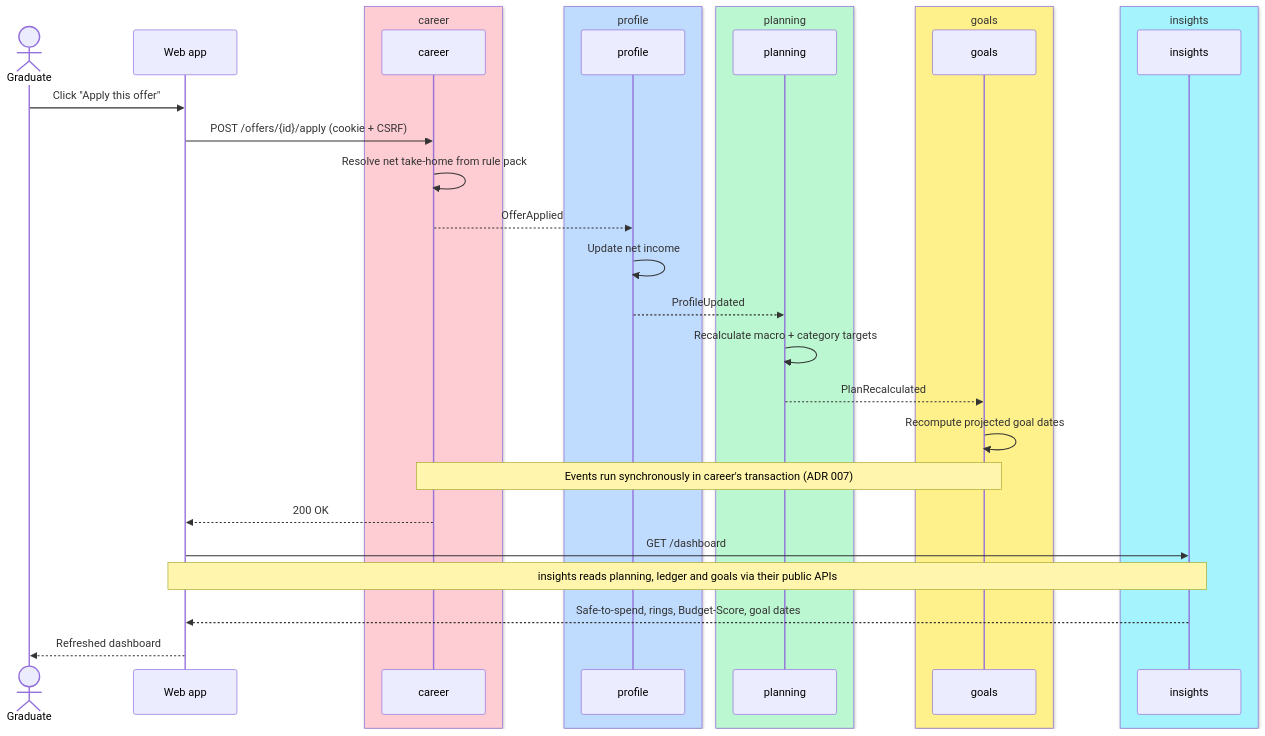
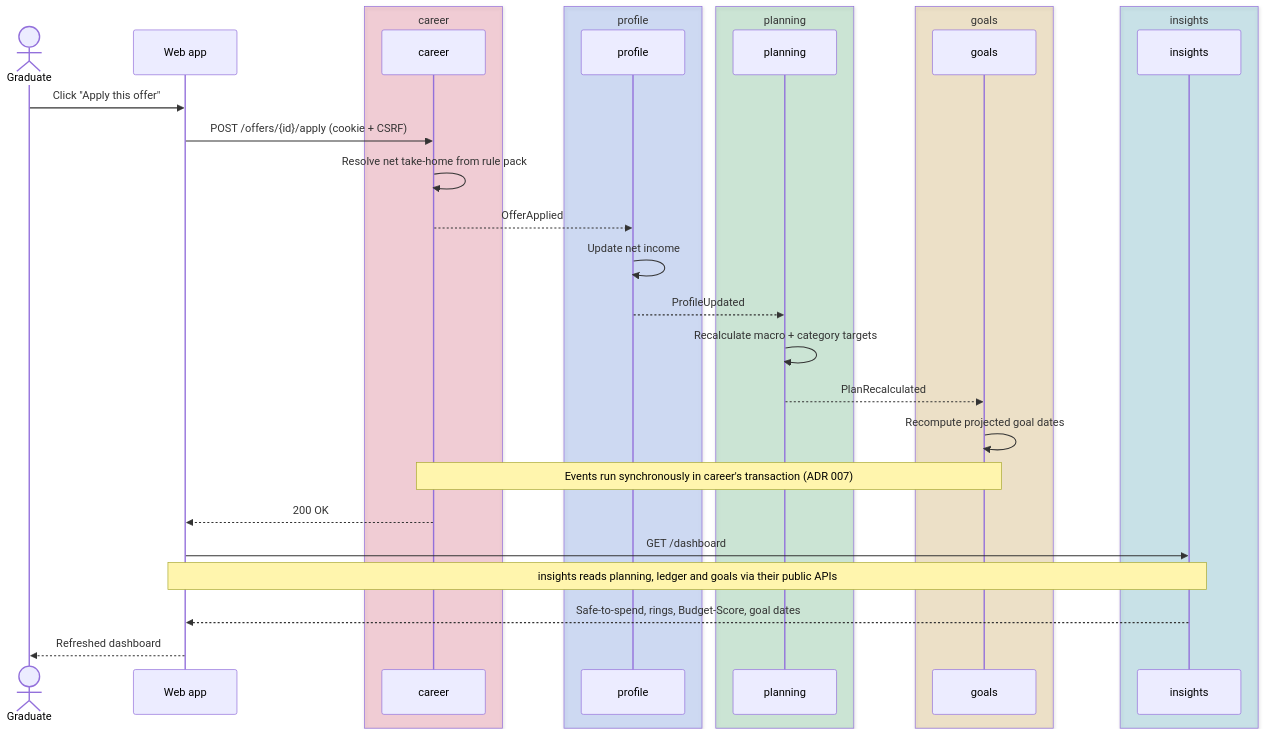
The fifth of 5 diagrams in docs/ARCHITECTURE.md (ilyas8888/moneymacros), drawn with Mermaid before and after one commit. The commit also changed 1 other file, not shown here.

Commit message:
docs: readable sequence colors in dark mode

````diff
--- a/docs/ARCHITECTURE.md
+++ b/docs/ARCHITECTURE.md
@@ -258,36 +258,36 @@
 ```mermaid
 sequenceDiagram
     actor U as Graduate
     participant W as Web app
-    box rgb(254,205,211) career
+    box rgba(225,29,72,0.18) career
     participant C as career
     end
-    box rgb(191,219,254) profile
+    box rgba(37,99,235,0.18) profile
     participant P as profile
     end
-    box rgb(187,247,208) planning
+    box rgba(22,163,74,0.18) planning
     participant PL as planning
     end
-    box rgb(254,240,138) goals
+    box rgba(202,138,4,0.18) goals
     participant G as goals
     end
-    box rgb(165,243,252) insights
+    box rgba(8,145,178,0.18) insights
     participant I as insights
     end
 
     U->>W: Click "Apply this offer"
     W->>C: POST /offers/{id}/apply (cookie + CSRF)
     C->>C: Resolve net take-home from rule pack
     C-->>P: OfferApplied
     P->>P: Update net income
     P-->>PL: ProfileUpdated
     PL->>PL: Recalculate macro + category targets
     PL-->>G: PlanRecalculated
     G->>G: Recompute projected goal dates
     Note over C,G: Events run synchronously in career's transaction (ADR 007)
     C-->>W: 200 OK
     W->>I: GET /dashboard
     Note over W,I: insights reads planning, ledger and goals via their public APIs
     I-->>W: Safe-to-spend, rings, Budget-Score, goal dates
     W-->>U: Refreshed dashboard
 ```
````
